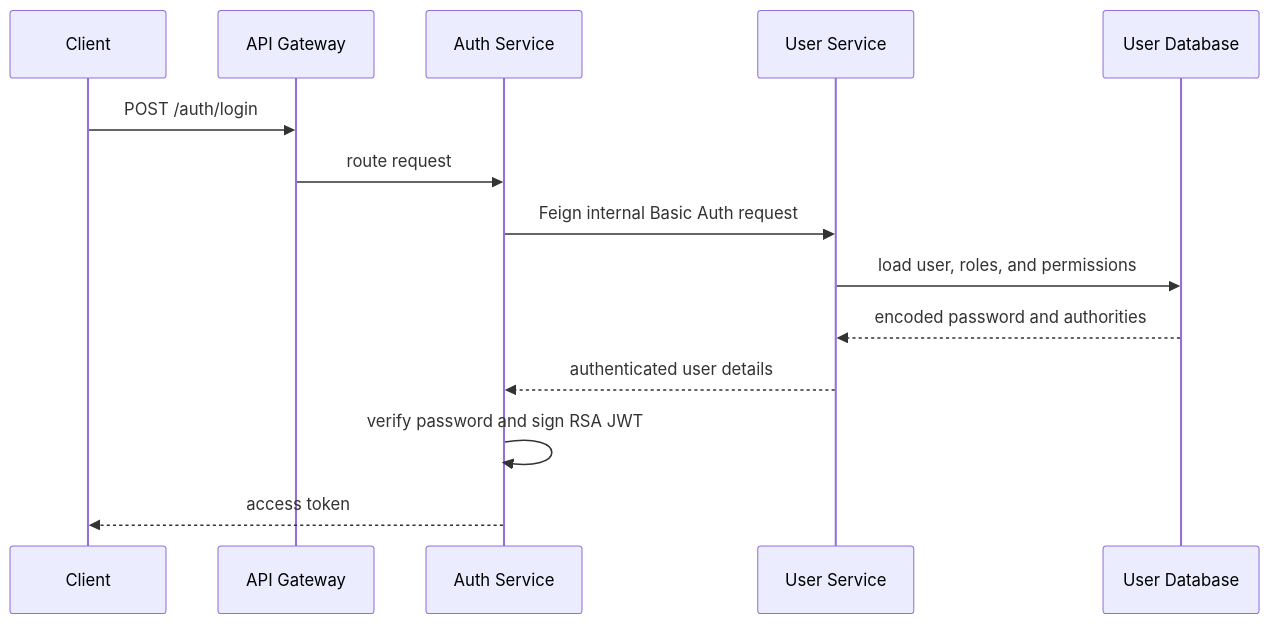
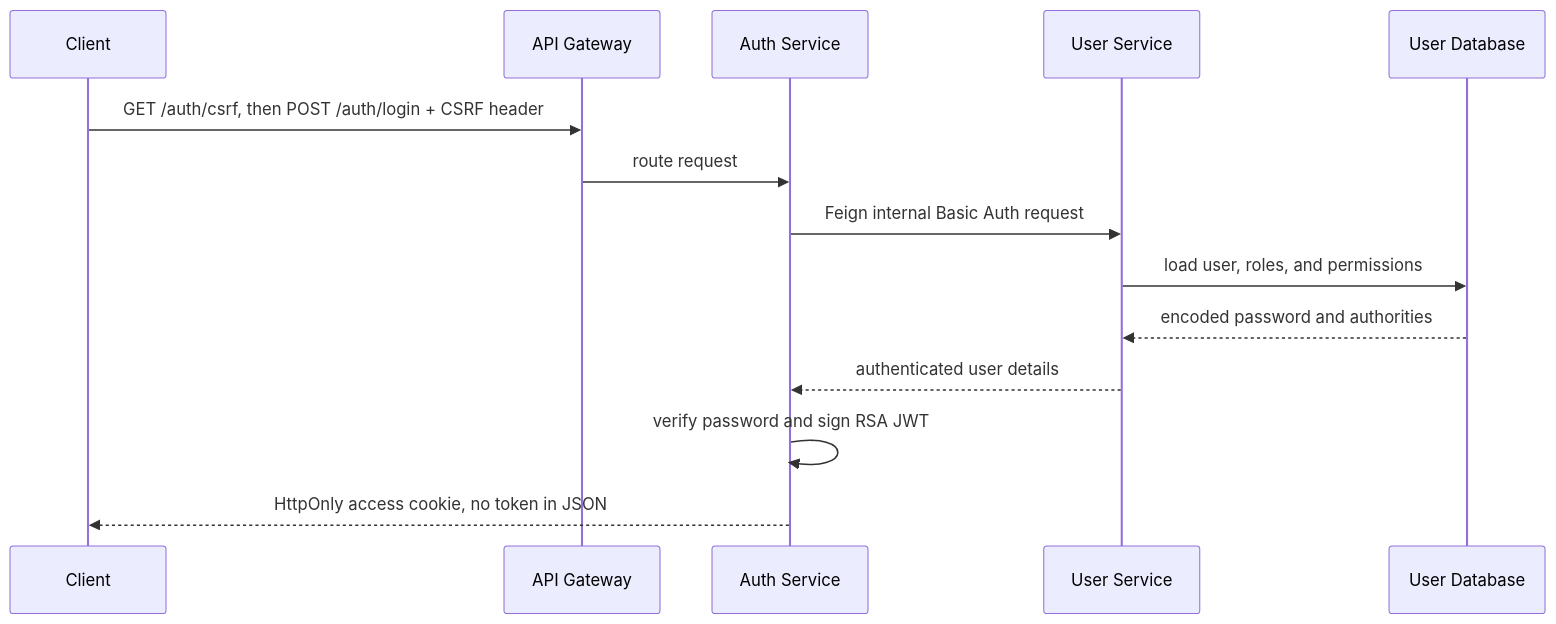
Before and after one commit to taukhir/shopverse: the second of 2 diagrams in docs/case-study/DEMO-PLATFORM-AUTHENTICATION.md, drawn with Mermaid. The commit also changed other lines of this file and 90 other files, not shown here.

````diff
--- a/docs/case-study/DEMO-PLATFORM-AUTHENTICATION.md
+++ b/docs/case-study/DEMO-PLATFORM-AUTHENTICATION.md
@@ -157,17 +200,17 @@
 ```mermaid
 sequenceDiagram
     participant C as Client
     participant G as API Gateway
     participant A as Auth Service
     participant U as User Service
     participant D as User Database
 
-    C->>G: POST /auth/login
+    C->>G: GET /auth/csrf, then POST /auth/login + CSRF header
     G->>A: route request
     A->>U: Feign internal Basic Auth request
     U->>D: load user, roles, and permissions
     D-->>U: encoded password and authorities
     U-->>A: authenticated user details
     A->>A: verify password and sign RSA JWT
-    A-->>C: access token
+    A-->>C: HttpOnly access cookie, no token in JSON
 ```
````
